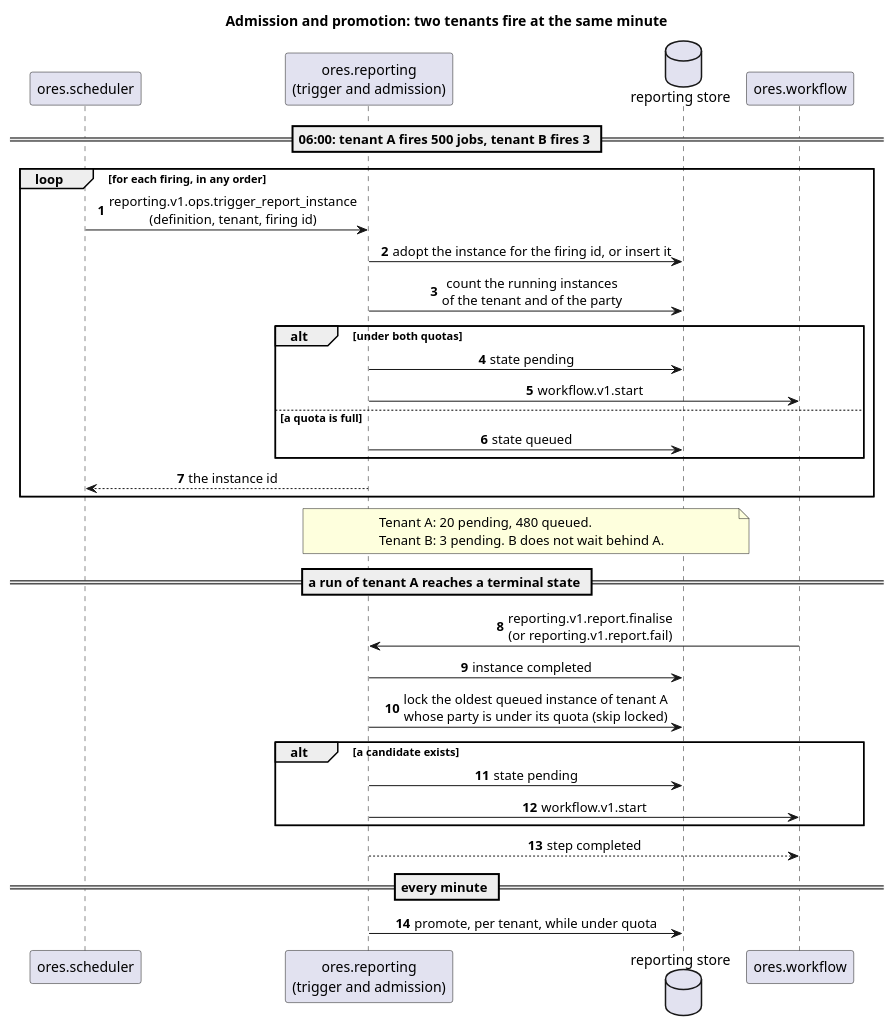
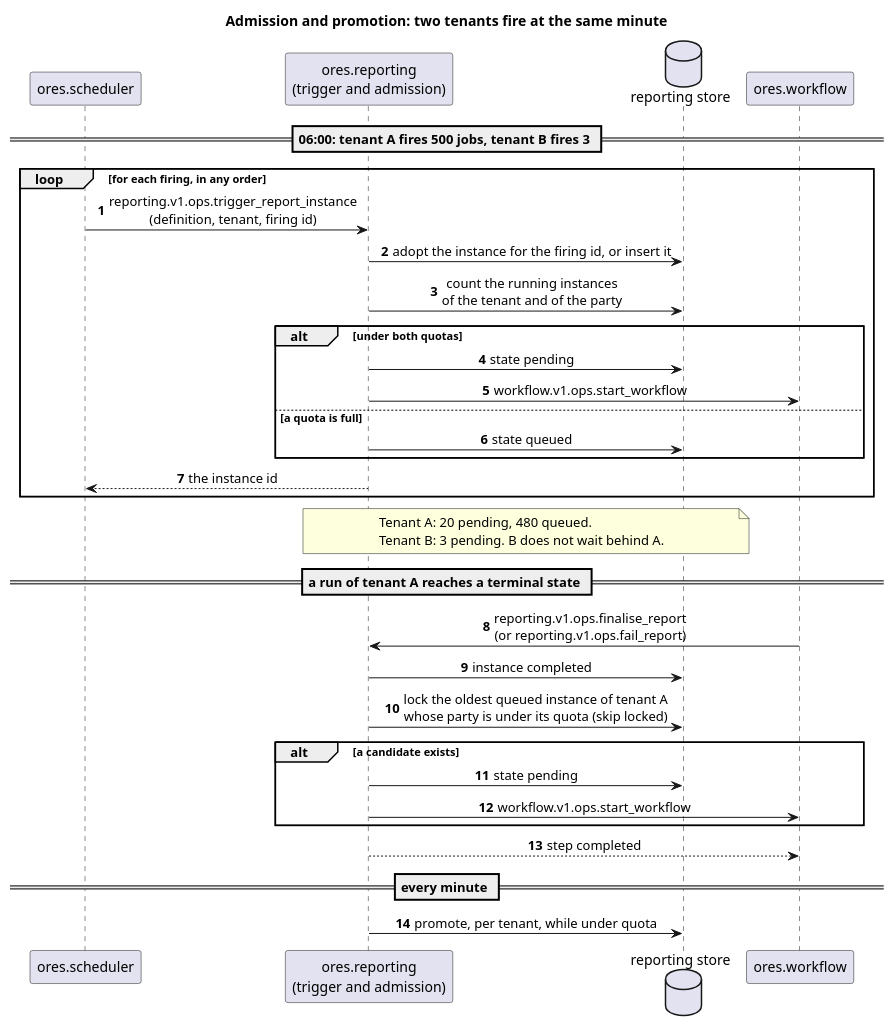
One commit to OreStudio/OreStudio changed the diagram in doc/knowledge/architecture/report_admission_interaction.puml. Above: the diagram before and after it, drawn with PlantUML. The commit also changed 418 other files, not shown here.

```diff
--- a/doc/knowledge/architecture/report_admission_interaction.puml
+++ b/doc/knowledge/architecture/report_admission_interaction.puml
@@ -18,48 +18,48 @@
 @startuml
 
 title Admission and promotion: two tenants fire at the same minute
 
 skinparam sequenceMessageAlign center
 skinparam responseMessageBelowArrow true
 autonumber
 
 participant "ores.scheduler" as scheduler
 participant "ores.reporting\n(trigger and admission)" as reporting
 database "reporting store" as db
 participant "ores.workflow" as engine
 
 == 06:00: tenant A fires 500 jobs, tenant B fires 3 ==
 
 loop for each firing, in any order
     scheduler -> reporting : reporting.v1.ops.trigger_report_instance\n(definition, tenant, firing id)
     reporting -> db : adopt the instance for the firing id, or insert it
     reporting -> db : count the running instances\nof the tenant and of the party
     alt under both quotas
         reporting -> db : state pending
-        reporting -> engine : workflow.v1.start
+        reporting -> engine : workflow.v1.ops.start_workflow
     else a quota is full
         reporting -> db : state queued
     end
     reporting --> scheduler : the instance id
 end
 
 note over reporting, db
   Tenant A: 20 pending, 480 queued.
   Tenant B: 3 pending. B does not wait behind A.
 end note
 
 == a run of tenant A reaches a terminal state ==
 
-engine -> reporting : reporting.v1.report.finalise\n(or reporting.v1.report.fail)
+engine -> reporting : reporting.v1.ops.finalise_report\n(or reporting.v1.ops.fail_report)
 reporting -> db : instance completed
 reporting -> db : lock the oldest queued instance of tenant A\nwhose party is under its quota (skip locked)
 alt a candidate exists
     reporting -> db : state pending
-    reporting -> engine : workflow.v1.start
+    reporting -> engine : workflow.v1.ops.start_workflow
 end
 reporting --> engine : step completed
 
 == every minute ==
 
 reporting -> db : promote, per tenant, while under quota
 @enduml
```
